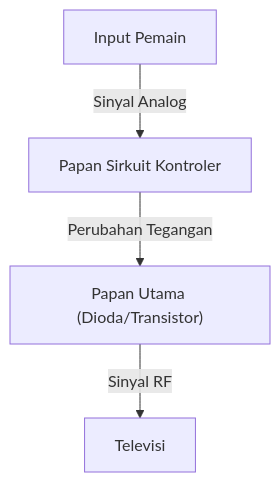
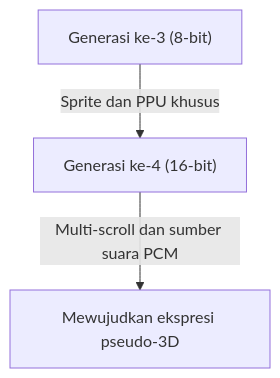
The first of 2 diagrams in content/post/history-of-video-game-consoles/index.id.md (kenjinote/blog), drawn with Mermaid before and after one commit. The commit also changed other lines of this file and 129 other files, not shown here.

````diff
--- a/content/post/history-of-video-game-consoles/index.id.md
+++ b/content/post/history-of-video-game-consoles/index.id.md
@@ -22,6 +33,5 @@
 ```mermaid
 graph TD
-    A["Input Pemain"] -- "Sinyal Analog" --> B["Papan Sirkuit Kontroler"]
-    B -- "Perubahan Tegangan" --> C["Papan Utama (Dioda/Transistor)"]
-    C -- "Sinyal RF" --> D["Televisi"]
+  A["Generasi ke-3 (8-bit)"] -- "Sprite dan PPU khusus" --> B["Generasi ke-4 (16-bit)"]
+  B["Generasi ke-4 (16-bit)"] -- "Multi-scroll dan sumber suara PCM" --> C["Mewujudkan ekspresi pseudo-3D"]
 ```
````
